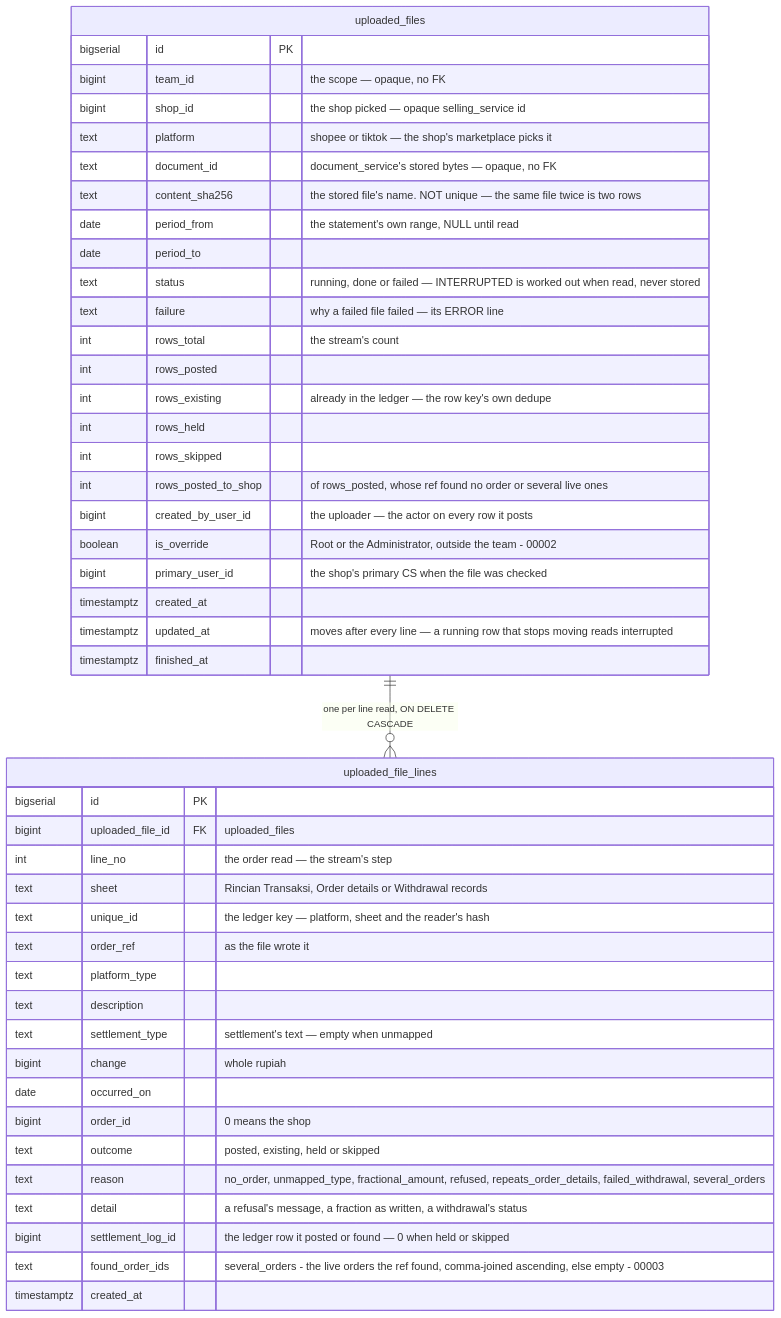
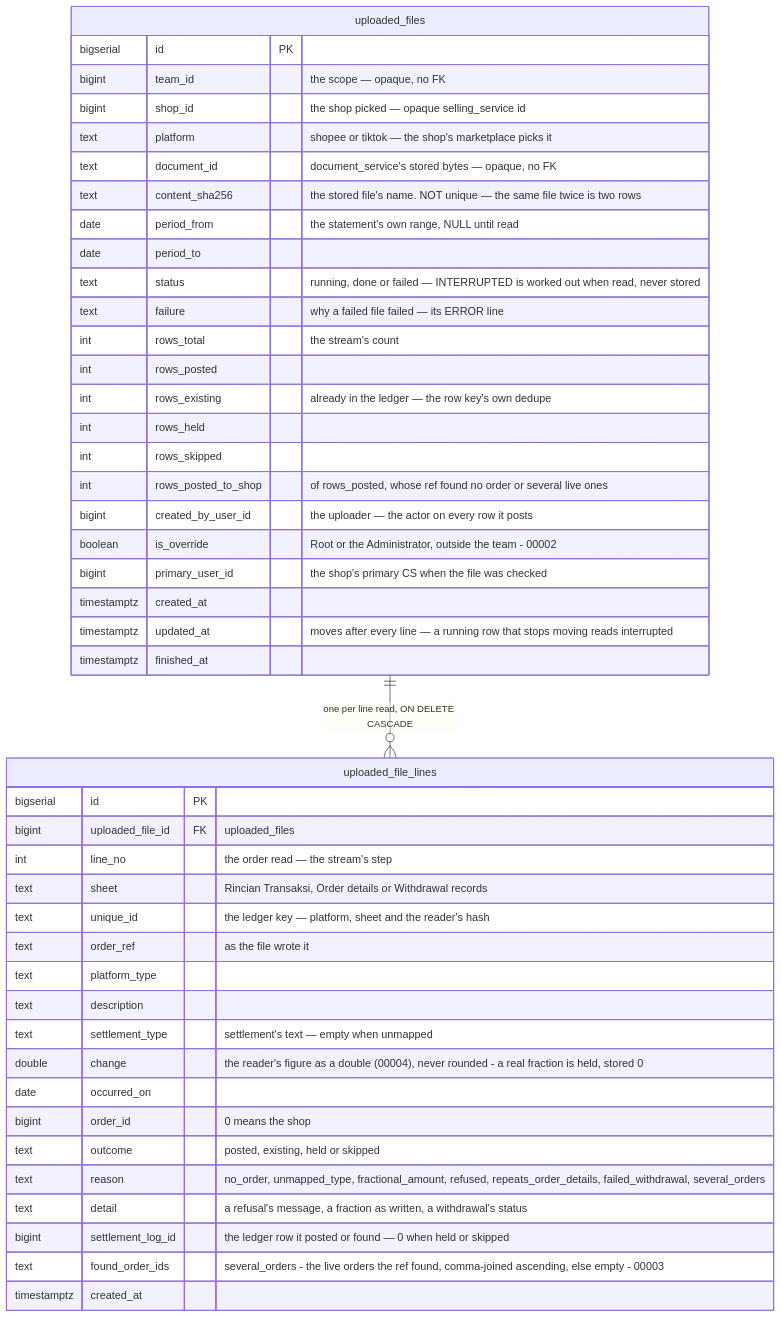
One commit to pdcgo/warehouse_revamp changed diagram 20 of 23 in docs/database-schema.md. Above: the diagram before and after it, drawn with Mermaid. The commit also changed other lines of this file and 445 other files, not shown here.

````diff
--- a/docs/database-schema.md
+++ b/docs/database-schema.md
@@ -2236,48 +2289,48 @@
 ```mermaid
 erDiagram
   uploaded_files ||--o{ uploaded_file_lines : "one per line read, ON DELETE CASCADE"
   uploaded_files {
     bigserial id PK
     bigint team_id "the scope — opaque, no FK"
     bigint shop_id "the shop picked — opaque selling_service id"
     text platform "shopee or tiktok — the shop's marketplace picks it"
     text document_id "document_service's stored bytes — opaque, no FK"
     text content_sha256 "the stored file's name. NOT unique — the same file twice is two rows"
     date period_from "the statement's own range, NULL until read"
     date period_to
     text status "running, done or failed — INTERRUPTED is worked out when read, never stored"
     text failure "why a failed file failed — its ERROR line"
     int rows_total "the stream's count"
     int rows_posted
     int rows_existing "already in the ledger — the row key's own dedupe"
     int rows_held
     int rows_skipped
     int rows_posted_to_shop "of rows_posted, whose ref found no order or several live ones"
     bigint created_by_user_id "the uploader — the actor on every row it posts"
     boolean is_override "Root or the Administrator, outside the team - 00002"
     bigint primary_user_id "the shop's primary CS when the file was checked"
     timestamptz created_at
     timestamptz updated_at "moves after every line — a running row that stops moving reads interrupted"
     timestamptz finished_at
   }
   uploaded_file_lines {
     bigserial id PK
     bigint uploaded_file_id FK "uploaded_files"
     int line_no "the order read — the stream's step"
     text sheet "Rincian Transaksi, Order details or Withdrawal records"
     text unique_id "the ledger key — platform, sheet and the reader's hash"
     text order_ref "as the file wrote it"
     text platform_type
     text description
     text settlement_type "settlement's text — empty when unmapped"
-    bigint change "whole rupiah"
+    double change "the reader's figure as a double (00004), never rounded - a real fraction is held, stored 0"
     date occurred_on
     bigint order_id "0 means the shop"
     text outcome "posted, existing, held or skipped"
     text reason "no_order, unmapped_type, fractional_amount, refused, repeats_order_details, failed_withdrawal, several_orders"
     text detail "a refusal's message, a fraction as written, a withdrawal's status"
     bigint settlement_log_id "the ledger row it posted or found — 0 when held or skipped"
     text found_order_ids "several_orders - the live orders the ref found, comma-joined ascending, else empty - 00003"
     timestamptz created_at
   }
 ```
````
